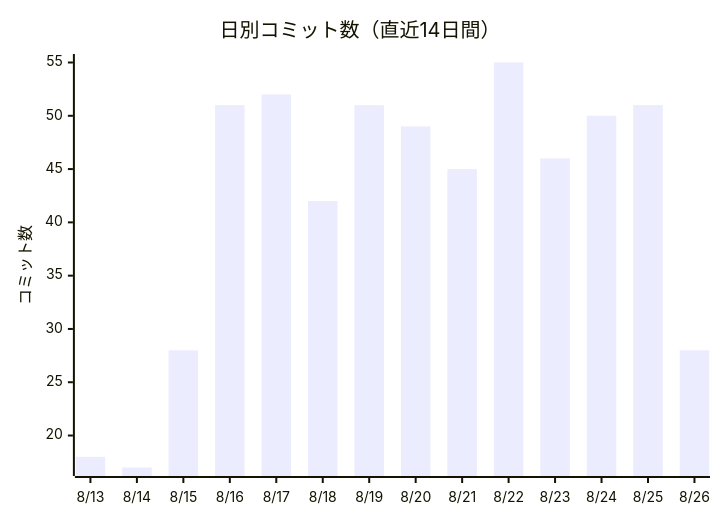
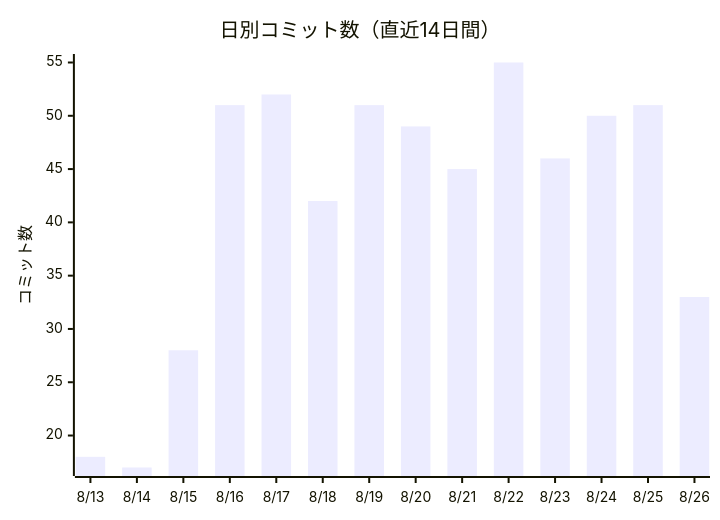
The first of 2 diagrams in docs/進化レポート.md (non-x2/non-x2), drawn with Mermaid before and after one commit. The commit also changed other lines of this file and 2 other files, not shown here.

First line of the commit message:
🌱 台風地図の座標変換に逆方向（x,y→緯度経度）を追加

````diff
--- a/docs/進化レポート.md
+++ b/docs/進化レポート.md
@@ -23,7 +23,7 @@
 ```mermaid
 xychart-beta
     title "日別コミット数（直近14日間）"
     x-axis ["8/13", "8/14", "8/15", "8/16", "8/17", "8/18", "8/19", "8/20", "8/21", "8/22", "8/23", "8/24", "8/25", "8/26"]
     y-axis "コミット数"
-    bar [18, 17, 28, 51, 52, 42, 51, 49, 45, 55, 46, 50, 51, 28]
+    bar [18, 17, 28, 51, 52, 42, 51, 49, 45, 55, 46, 50, 51, 33]
 ```
````
